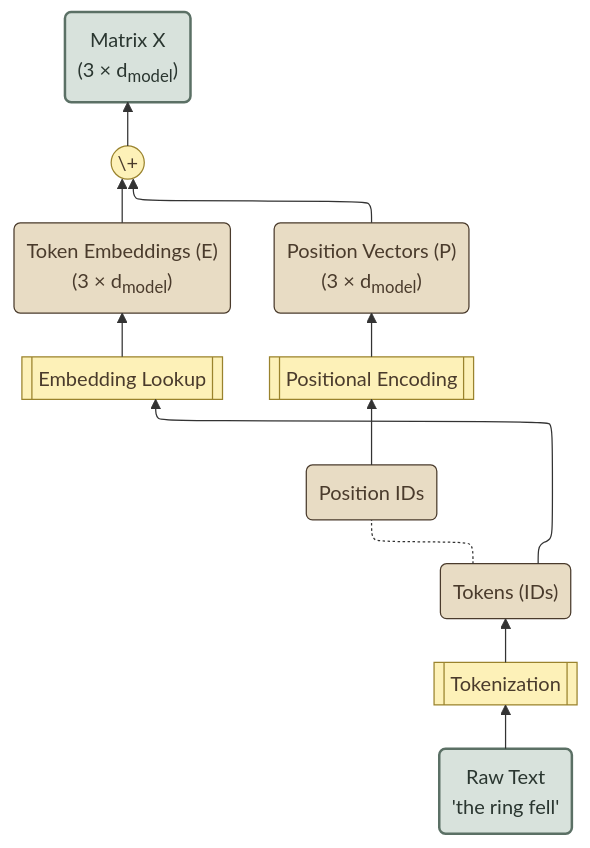
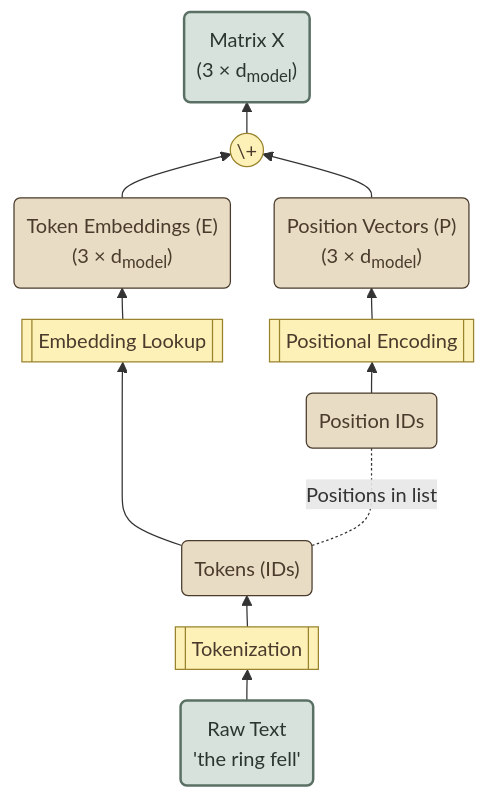
One commit to manhowong/transformer-walkthrough changed the second of 2 diagrams in src/module-01.qmd. Above: the diagram before and after it, drawn with Mermaid.

Commit message:
updated ch1

````diff
--- a/src/module-01.qmd
+++ b/src/module-01.qmd
@@ -212,45 +212,41 @@
 ```{mermaid}
 ---
 config:
-  layout: elk
   themeVariables:
     fontFamily: "monospace"
   flowchart:
     nodeSpacing: 35
     rankSpacing: 25
     padding: 10
 ---
 flowchart BT
     A("Raw Text<br>'the ring fell'")
     B[["Tokenization"]]
     C("Tokens (IDs)<br>")
     D[["Embedding Lookup"]]
     E("Token Embeddings (E)<br>(3 × d<sub>model</sub>)")
     F("Position IDs<br>")
     G[["Positional Encoding"]]
     H("Position Vectors (P)<br>(3 × d<sub>model</sub>)")
     I(("\+"))
     J("Matrix X<br>(3 × d<sub>model</sub>)")
 
     A --> B --> C --> D --> E --> I
-    C ~~~ Dummy[ ] ~~~ D 
     F --> G --> H --> I
     I --> J
-    C -..- F
+    C -.Positions in list..- F
     
     style A fill:#d8e2dc,stroke:#5b7065,color:#2a3630,stroke-width:2px
     style J fill:#d8e2dc,stroke:#5b7065,color:#2a3630,stroke-width:2px
     
     style B fill:#fdf1b8,stroke:#9a832d,color:#4a3b2c
     style D fill:#fdf1b8,stroke:#9a832d,color:#4a3b2c
     style G fill:#fdf1b8,stroke:#9a832d,color:#4a3b2c
     style I fill:#fdf1b8,stroke:#9a832d,color:#4a3b2c
    
     style C fill:#e8dcc4,stroke:#4a3b2c,color:#4a3b2c
     style E fill:#e8dcc4,stroke:#4a3b2c,color:#4a3b2c
     style F fill:#e8dcc4,stroke:#4a3b2c,color:#4a3b2c
     style H fill:#e8dcc4,stroke:#4a3b2c,color:#4a3b2c
-    
-    style Dummy fill:transparent,stroke:transparent
 
 ```
````
